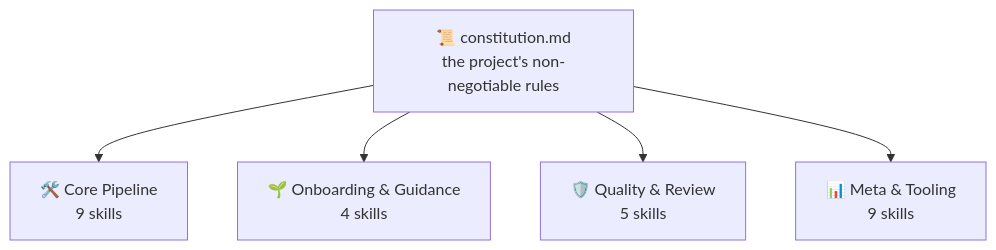
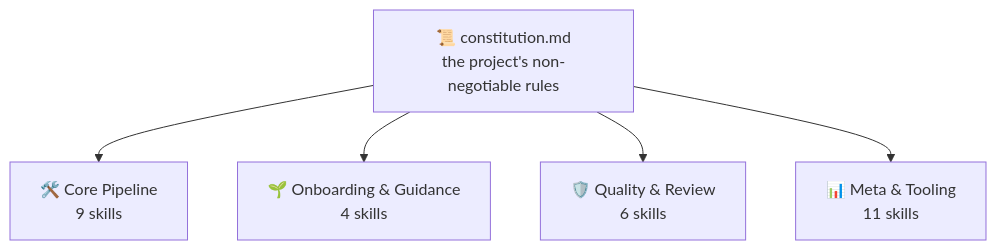
Before and after one commit to jonyfs/spec-jedi: the first of 2 diagrams in README.md, drawn with Mermaid.

Commit message:
fix: correct second stale skill-category diagram in README.md
Missed on the first pass (specs/none, follow-up in the same PR): the
top-of-README flowchart diagram (separate from quickstart-guide.md's
mindmap, already fixed) still said Quality & Review 5 skills and Meta &
Tooling 9 skills. Now 6 and 11, matching the actual current catalog.

Claude-Session: https://claude.ai/code/session_01PPR4GH2oHECmvztmVj2D4J

````diff
--- a/README.md
+++ b/README.md
@@ -58,7 +58,7 @@
 ```mermaid
 flowchart TD
     Const["📜 constitution.md<br/>the project's non-negotiable rules"] --> Core["🛠️ Core Pipeline<br/>9 skills"]
     Const --> Onboard["🌱 Onboarding & Guidance<br/>4 skills"]
-    Const --> Quality["🛡️ Quality & Review<br/>5 skills"]
-    Const --> Meta["📊 Meta & Tooling<br/>9 skills"]
+    Const --> Quality["🛡️ Quality & Review<br/>6 skills"]
+    Const --> Meta["📊 Meta & Tooling<br/>11 skills"]
 ```
````
